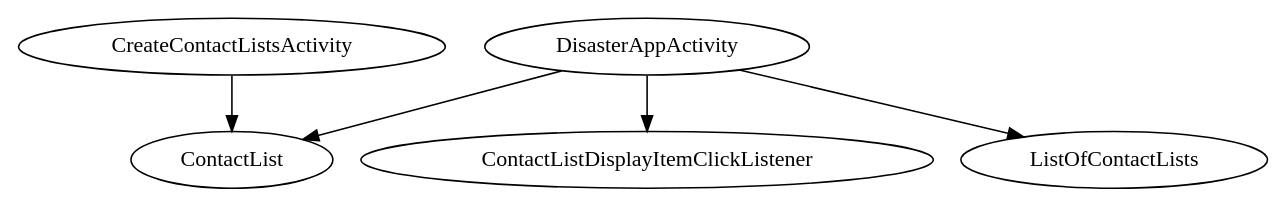
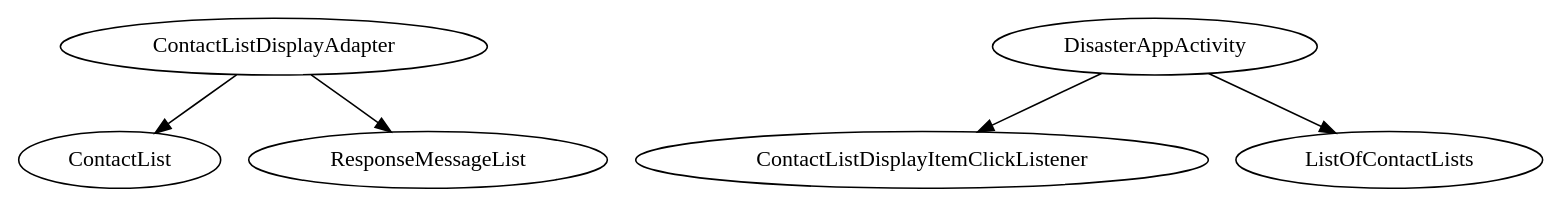
The diagram in DisasterAppActivity/.apt_generated/com/riis/dagger/DisasterAppObjectGraph.dot (riis/ProgrammingChallengeAndroid), drawn with Graphviz before and after one commit. The commit also changed 30 other files, not shown here.

```diff
--- a/DisasterAppActivity/.apt_generated/com/riis/dagger/DisasterAppObjectGraph.dot
+++ b/DisasterAppActivity/.apt_generated/com/riis/dagger/DisasterAppObjectGraph.dot
@@ -1,7 +1,7 @@
 digraph G1 {
   concentrate = true;
-  CreateContactListsActivity -> ContactList;
+  ContactListDisplayAdapter -> ContactList;
+  ContactListDisplayAdapter -> ResponseMessageList;
   DisasterAppActivity -> ContactListDisplayItemClickListener;
-  DisasterAppActivity -> ContactList;
   DisasterAppActivity -> ListOfContactLists;
 }
```
